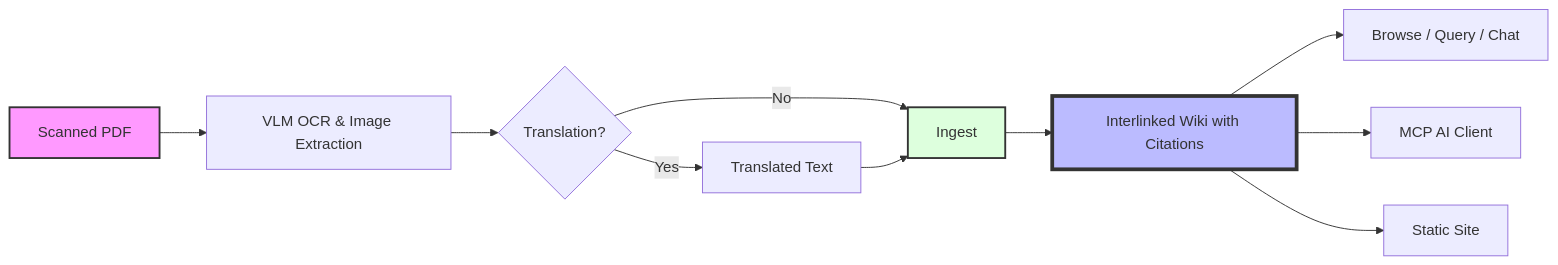
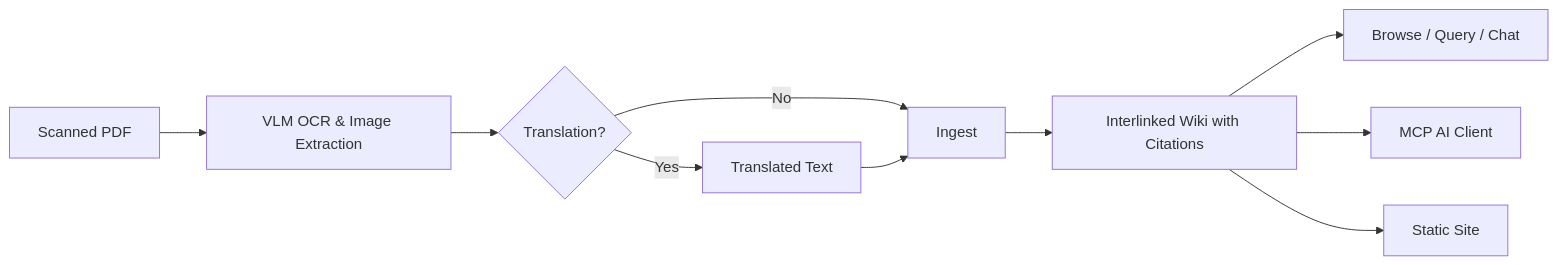
One commit to okforge/.github changed the diagram in profile/README.md. Above: the diagram before and after it, drawn with Mermaid.

Commit message:
Remove diagram styles from README
Removed styling from the diagram in README.

````diff
--- a/profile/README.md
+++ b/profile/README.md
@@ -20,16 +20,12 @@
 ```mermaid
 graph LR
     A[Scanned PDF] --> B[VLM OCR & Image Extraction]
     B --> C{Translation?}
     C -- Yes --> D[Translated Text]
     C -- No --> E[Ingest]
     D --> E
     E --> F[Interlinked Wiki with Citations]
     F --> G[Browse / Query / Chat]
     F --> H[MCP AI Client]
     F --> I[Static Site]
-
-    style A fill:#f9f,stroke:#333,stroke-width:2px
-    style F fill:#bbf,stroke:#333,stroke-width:4px
-    style E fill:#dfd,stroke:#333,stroke-width:2px
 ```
````
